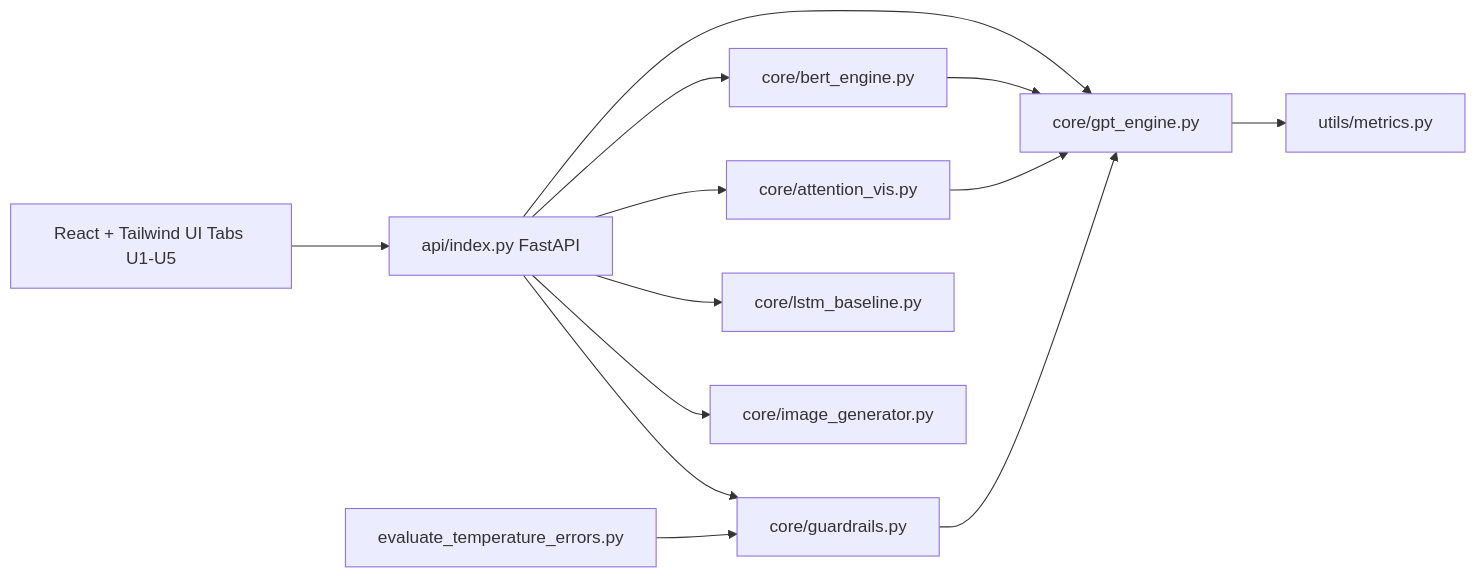
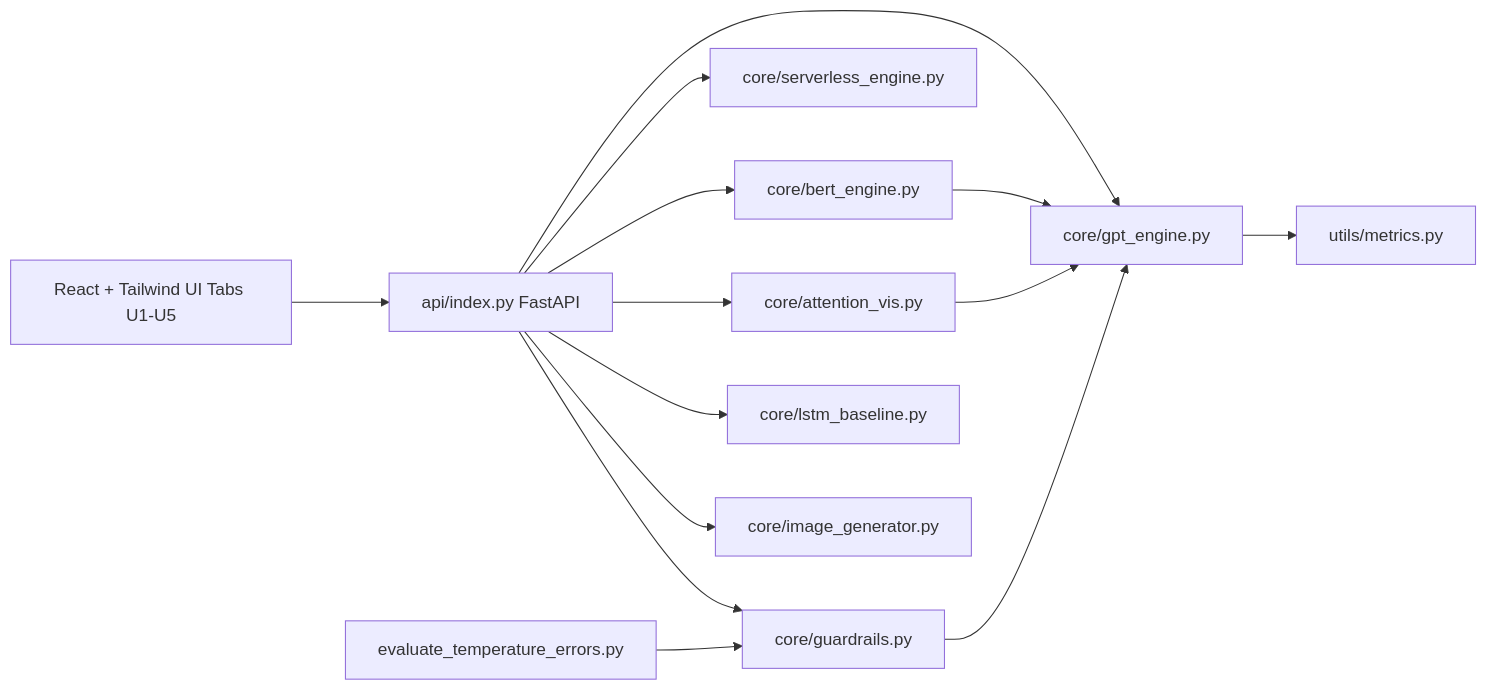
Before and after one commit to Artifact19/next-token-probability-lab: the diagram in README.md, drawn with Mermaid. The commit also changed other lines of this file and 1 other file, not shown here.

````diff
--- a/README.md
+++ b/README.md
@@ -50,15 +53,16 @@
 ```mermaid
 flowchart LR
     UI[React + Tailwind UI Tabs U1-U5] --> API[api/index.py FastAPI]
     API --> GPT[core/gpt_engine.py]
+    API --> SVL[core/serverless_engine.py]
     API --> BERT[core/bert_engine.py]
     API --> ATT[core/attention_vis.py]
     API --> LSTM[core/lstm_baseline.py]
     API --> IMG[core/image_generator.py]
     API --> GRD[core/guardrails.py]
     GPT --> MET[utils/metrics.py]
     GRD --> GPT
     BERT --> GPT
     ATT --> GPT
     EVAL[evaluate_temperature_errors.py] --> GRD
 ```
````
